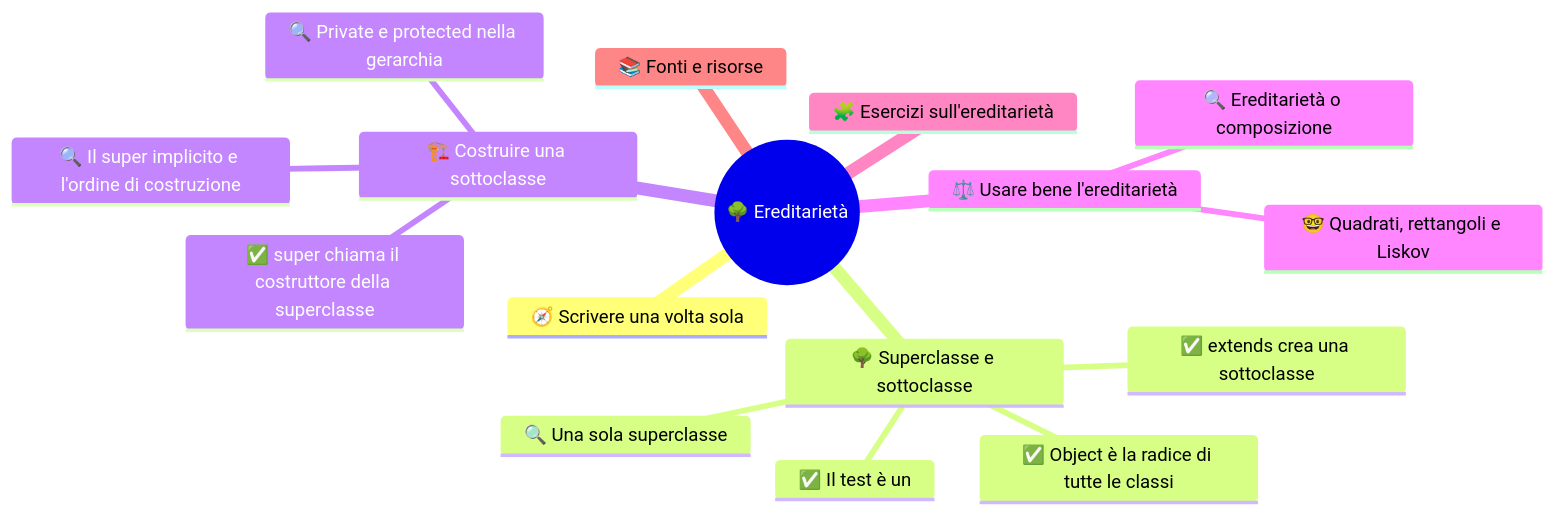
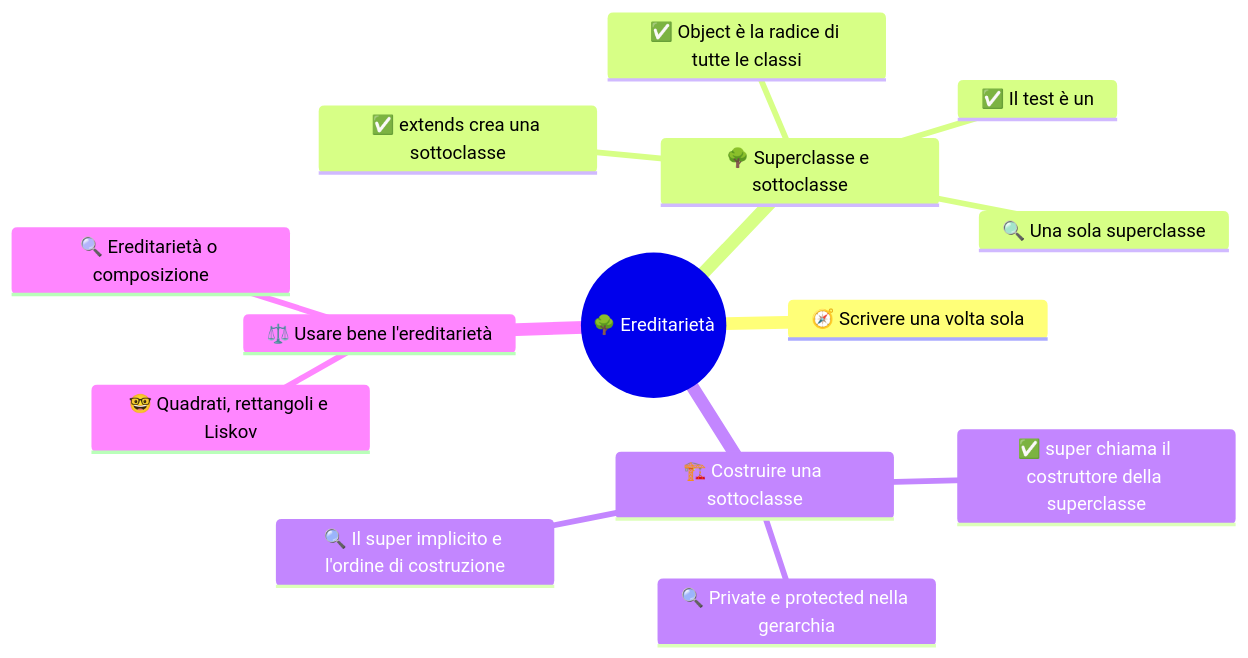
One commit to Neeqstock/dispense-caramuel changed the diagram in 4CI - Informatica/1 SETT-OTT/Allegati/4ci-sett-ott-s4-ereditarieta-mappa-1.mmd. Above: the diagram before and after it, drawn with Mermaid. The commit also changed 56 other files, not shown here.

```diff
--- a/4CI - Informatica/1 SETT-OTT/Allegati/4ci-sett-ott-s4-ereditarieta-mappa-1.mmd
+++ b/4CI - Informatica/1 SETT-OTT/Allegati/4ci-sett-ott-s4-ereditarieta-mappa-1.mmd
@@ -1,17 +1,15 @@
 mindmap
   root((🌳 Ereditarietà))
     🧭 Scrivere una volta sola
     🌳 Superclasse e sottoclasse
       ✅ extends crea una sottoclasse
       ✅ Il test è un
       ✅ Object è la radice di tutte le classi
       🔍 Una sola superclasse
     🏗️ Costruire una sottoclasse
       ✅ super chiama il costruttore della superclasse
       🔍 Il super implicito e l'ordine di costruzione
       🔍 Private e protected nella gerarchia
     ⚖️ Usare bene l'ereditarietà
       🔍 Ereditarietà o composizione
       🤓 Quadrati, rettangoli e Liskov
-    🧩 Esercizi sull'ereditarietà
-    📚 Fonti e risorse
```
